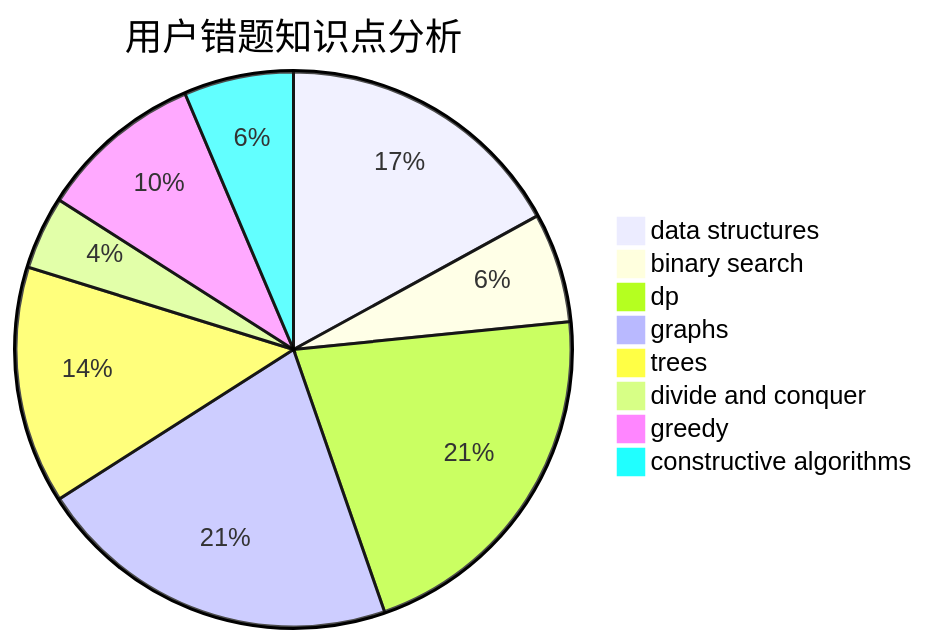
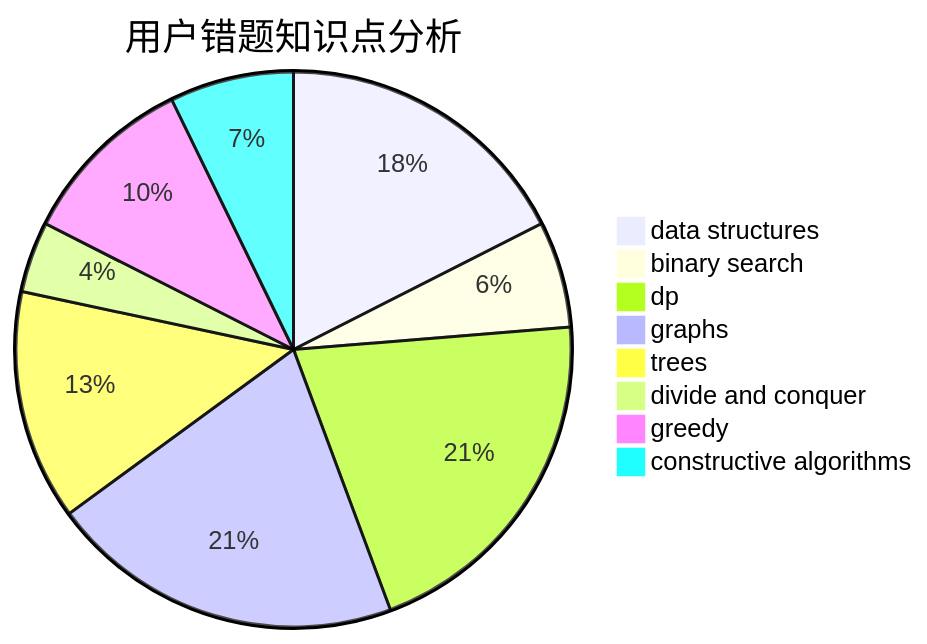
Before and after one commit to sherpahu/cfrs.github.io: the third of 3 diagrams in docs/user/u1843.md, drawn with Mermaid. The commit also changed other lines of this file and 2770 other files, not shown here.

````diff
--- a/docs/user/u1843.md
+++ b/docs/user/u1843.md
@@ -36,11 +36,11 @@
 ```mermaid
 pie title 用户错题知识点分析
-    "data structures" :  16
+    "data structures" :  17
     "binary search" :  6
     "dp" :  20
     "graphs" :  20
     "trees" :  13
     "divide and conquer" :  4
-    "greedy" :  9
-    "constructive algorithms" :  6
+    "greedy" :  10
+    "constructive algorithms" :  7
 ```
````
